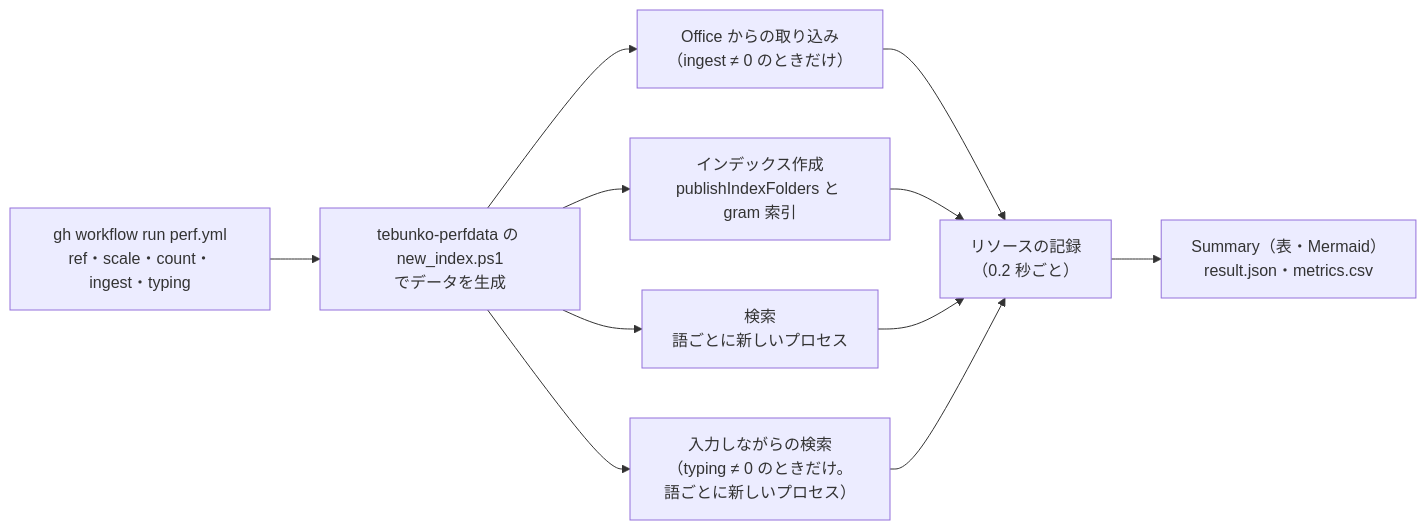
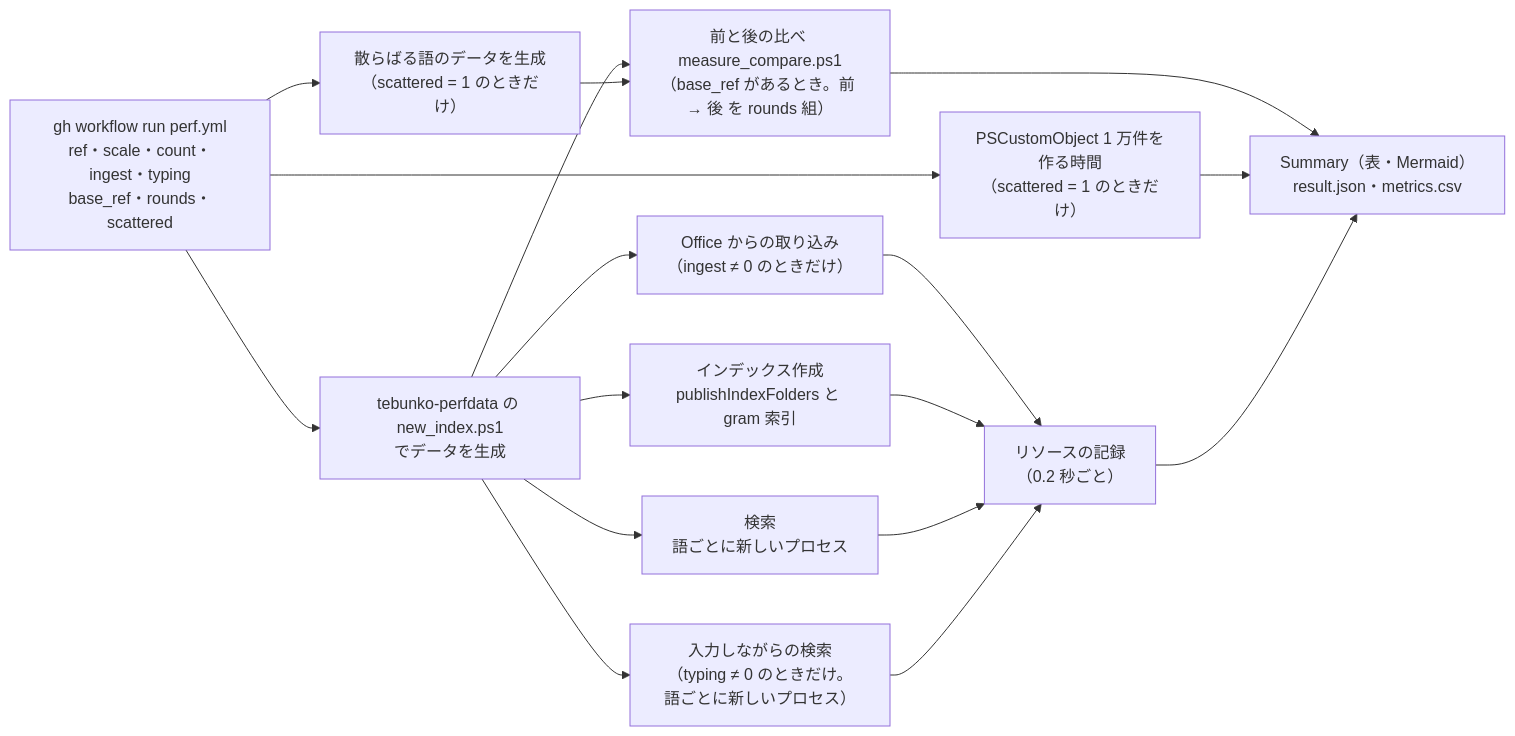
The diagram in docs/design/testing/perf.md (hsgwa/tebunko), drawn with Mermaid before and after one commit. The commit also changed other lines of this file and 5 other files, not shown here.

First line of the commit message:
ci: perf.yml に、場所ごとに 1 件ずつ散らばる語のデータを CI の中で作って測る入力を足す (#328)

````diff
--- a/docs/design/testing/perf.md
+++ b/docs/design/testing/perf.md
@@ -7,10 +7,14 @@
 ```mermaid
 flowchart LR
-    W["gh workflow run perf.yml<br>ref・scale・count・ingest・typing"] --> DATA["tebunko-perfdata の new_index.ps1<br>でデータを生成"]
+    W["gh workflow run perf.yml<br>ref・scale・count・ingest・typing<br>base_ref・rounds・scattered"] --> DATA["tebunko-perfdata の new_index.ps1<br>でデータを生成"]
+    W --> SCAT["散らばる語のデータを生成<br>（scattered = 1 のときだけ）"]
+    DATA & SCAT --> CMP["前と後の比べ measure_compare.ps1<br>（base_ref があるとき。前 → 後 を rounds 組）"]
+    W --> HIT["PSCustomObject 1 万件を作る時間<br>（scattered = 1 のときだけ）"]
+    CMP & HIT --> OUT
     DATA --> ING["Office からの取り込み<br>（ingest ≠ 0 のときだけ）"]
     DATA --> IDX["インデックス作成<br>publishIndexFolders と gram 索引"]
     DATA --> SEARCH["検索<br>語ごとに新しいプロセス"]
     DATA --> TYPING["入力しながらの検索<br>（typing ≠ 0 のときだけ。語ごとに新しいプロセス）"]
     ING & IDX & SEARCH & TYPING --> RES["リソースの記録<br>（0.2 秒ごと）"]
     RES --> OUT["Summary（表・Mermaid）<br>result.json・metrics.csv"]
 ```
````
